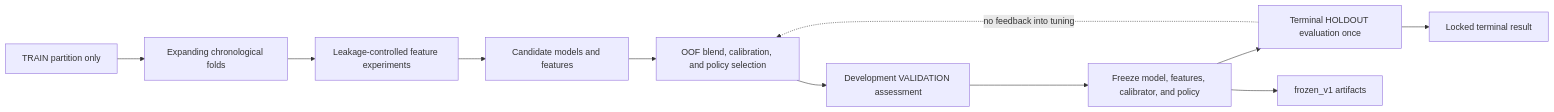
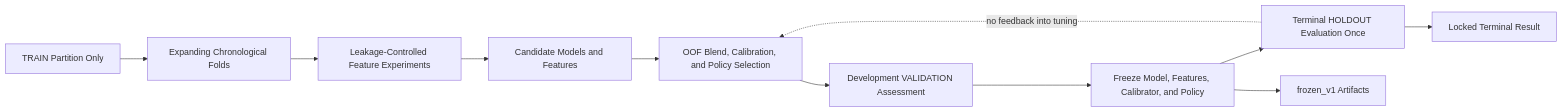
Before and after one commit to marwan-sitten60/fraud-detection-risk-decisioning-system: the first of 5 diagrams in docs/architecture.md, drawn with Mermaid. The commit also changed other lines of this file and 1 other file, not shown here.

Commit message:
docs: fix GitHub Mermaid architecture rendering

````diff
--- a/docs/architecture.md
+++ b/docs/architecture.md
@@ -7,13 +7,13 @@
 ```mermaid
 flowchart LR
-    TRAIN[TRAIN partition only] --> CV[Expanding chronological folds]
-    CV --> FE[Leakage-controlled feature experiments]
-    FE --> CAND[Candidate models and features]
-    CAND --> SEL[OOF blend, calibration, and policy selection]
-    SEL --> VAL[Development VALIDATION assessment]
-    VAL --> FREEZE[Freeze model, features, calibrator, and policy]
-    FREEZE --> HOLD[Terminal HOLDOUT evaluation once]
-    FREEZE --> BUNDLE[frozen_v1 artifacts]
-    HOLD --> LOCK[Locked terminal result]
+    TRAIN["TRAIN Partition Only"] --> CV["Expanding Chronological Folds"]
+    CV --> FE["Leakage-Controlled Feature Experiments"]
+    FE --> CAND["Candidate Models and Features"]
+    CAND --> SEL["OOF Blend, Calibration, and Policy Selection"]
+    SEL --> VAL["Development VALIDATION Assessment"]
+    VAL --> FREEZE["Freeze Model, Features, Calibrator, and Policy"]
+    FREEZE --> HOLD["Terminal HOLDOUT Evaluation Once"]
+    FREEZE --> BUNDLE["frozen_v1 Artifacts"]
+    HOLD --> LOCK["Locked Terminal Result"]
     HOLD -. no feedback into tuning .-> SEL
 ```
````
